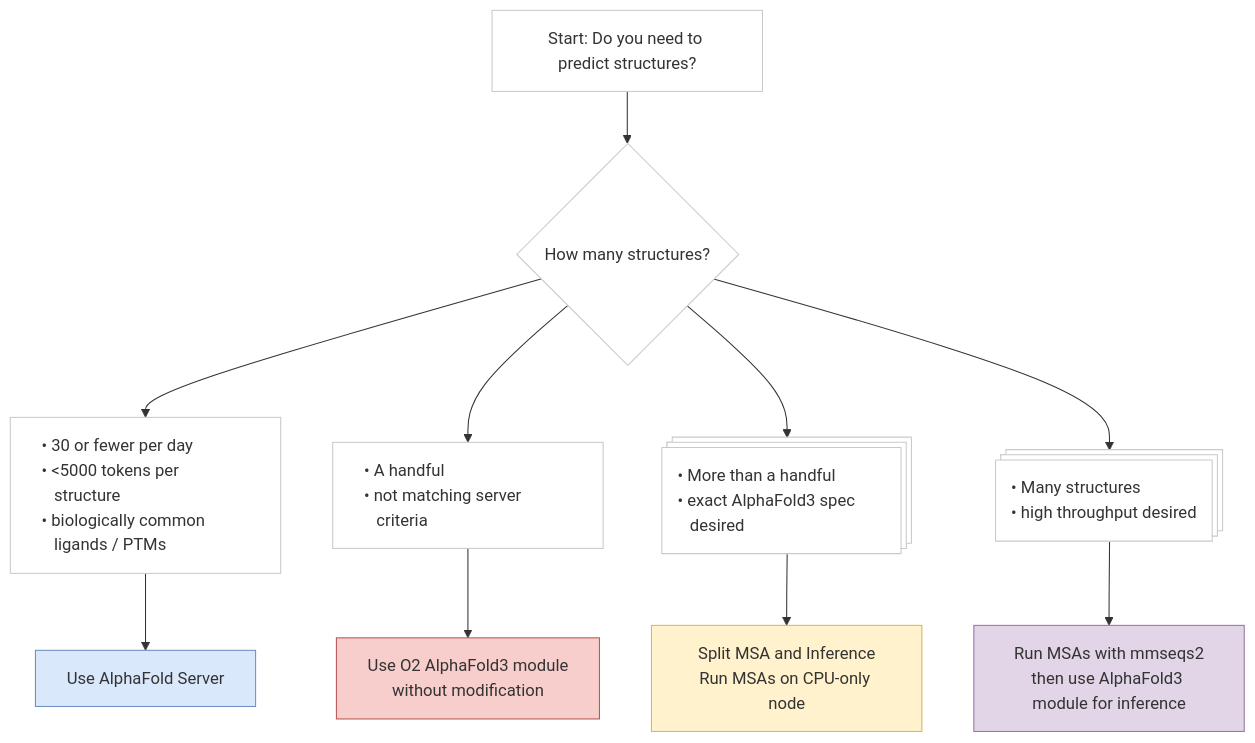
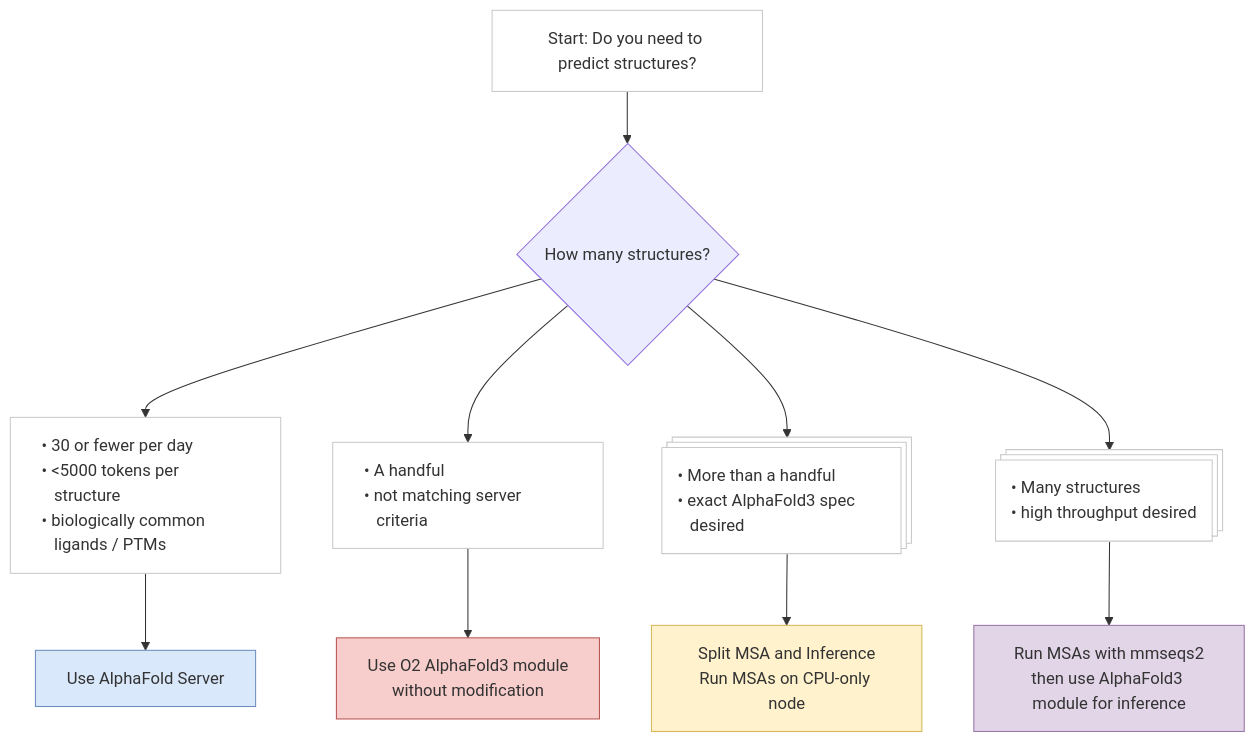
One commit to ccb-hms/ccbfold changed the diagram in examples/workshop/README.md. Above: the diagram before and after it, drawn with Mermaid.

Commit message:
edit diagram colors

````diff
--- a/examples/workshop/README.md
+++ b/examples/workshop/README.md
@@ -570,14 +570,14 @@
 ```mermaid
 flowchart TD
-    A:::start@{label: "Start: Do you need to predict structures?"} --> B:::start@{shape: "diamond", label: "How many structures?"}
+    A:::start@{label: "Start: Do you need to predict structures?"} --> B@{shape: "diamond", label: "How many structures?"}
     B --> C:::reqs@{shape: "rect", label: "#8226; 30 or fewer per day<br/>#8226; <5000 tokens per &nbsp;&nbsp;&nbsp;structure<br/>#8226; biologically common &nbsp;&nbsp;&nbsp;ligands / PTMs"} --> D:::server@{shape: "rect", label: "Use AlphaFold Server"}
     B --> E:::reqs@{shape: "rect", label: "#8226; A handful<br/>#8226; not matching server &nbsp;&nbsp;&nbsp;criteria"} --> F:::o2@{shape: "rect", label: "Use O2 AlphaFold3 module<br/>without modification"}
     B --> G:::reqs@{shape: "st-rect", label: "#8226; More than a handful<br/>#8226; exact AlphaFold3 spec &nbsp;&nbsp;&nbsp;desired"} --> H:::splitMsa@{shape: "rect", label: "Split MSA and Inference<br/>Run MSAs on CPU-only node"}
     B --> I:::reqs@{shape: "st-rect", label: "#8226; Many structures<br/>#8226; high throughput desired"} --> J:::mmseqs2@{shape: "rect", label: "Run MSAs with mmseqs2<br/>then use AlphaFold3 module for inference"}
     classDef reqs fill:#fff,stroke:#C9C9C9,text-align:left;
     classDef server fill:#DAE8FC,stroke:#6C8EBF;
     classDef o2 fill:#F8CECC,stroke:#B85450;
     classDef splitMsa fill:#FFF2CC,stroke:#D6B656;
     classDef mmseqs2 fill:#E1D5E7,stroke:#9673A6;
     classDef start fill: #fff, stroke:#C9C9C9; 
 ```
````
